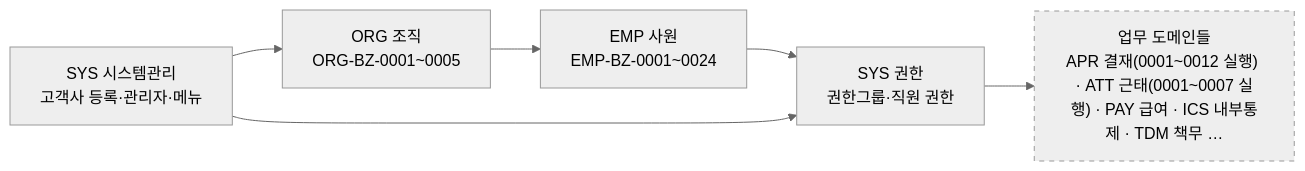
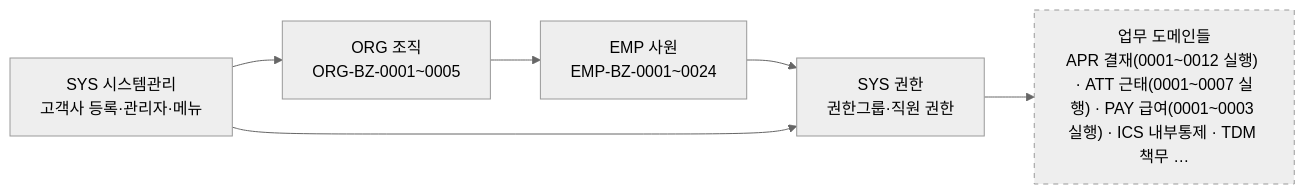
Before and after one commit to KimDoYoung/framework-sprt: the diagram in AssetERP/docs/2-업무분석/biz-event/00-도메인Map.md, drawn with Mermaid (neutral theme). The commit also changed 7 other files, not shown here.

````diff
--- a/AssetERP/docs/2-업무분석/biz-event/00-도메인Map.md
+++ b/AssetERP/docs/2-업무분석/biz-event/00-도메인Map.md
@@ -6,14 +6,14 @@
 ```mermaid
 flowchart LR
     SYS["SYS 시스템관리<br/>고객사 등록·관리자·메뉴"]
     ORG["ORG 조직<br/>ORG-BZ-0001~0005"]
     EMP["EMP 사원<br/>EMP-BZ-0001~0024"]
     AUTH["SYS 권한<br/>권한그룹·직원 권한"]
-    WORK["업무 도메인들<br/>APR 결재(0001~0012 실행) · ATT 근태(0001~0007 실행) · PAY 급여 · ICS 내부통제 · TDM 책무 …"]
+    WORK["업무 도메인들<br/>APR 결재(0001~0012 실행) · ATT 근태(0001~0007 실행) · PAY 급여(0001~0003 실행) · ICS 내부통제 · TDM 책무 …"]
 
     SYS --> ORG --> EMP --> AUTH --> WORK
     SYS --> AUTH
 
     classDef todo stroke-dasharray: 5 5
     class WORK todo
 ```
````
